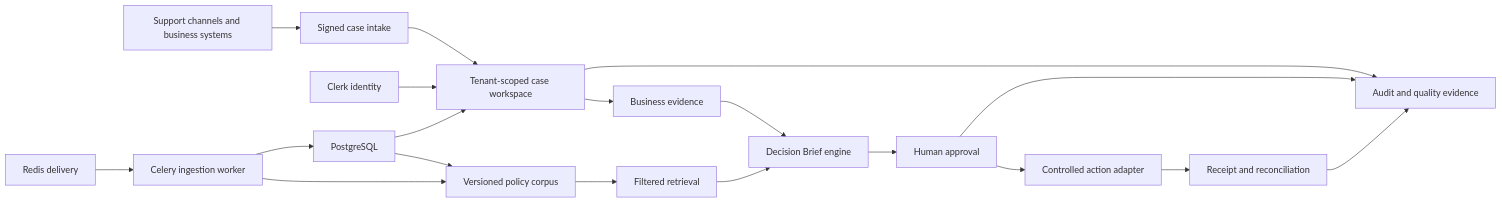
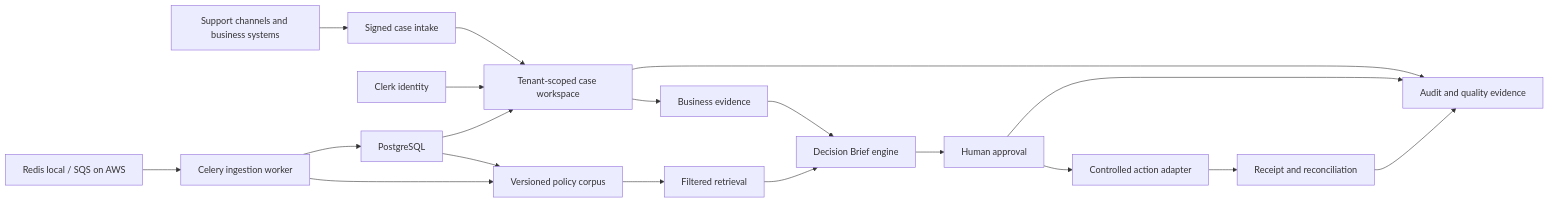
One commit to williamlo90/case-resolution-copilot changed the diagram in README.md. Above: the diagram before and after it, drawn with Mermaid. The commit also changed other lines of this file and 50 other files, not shown here.

Commit message:
feat: add AWS-ready async validation architecture

````diff
--- a/README.md
+++ b/README.md
@@ -129,21 +133,21 @@
 ```mermaid
 flowchart LR
     SOURCE["Support channels and business systems"] --> INTAKE["Signed case intake"]
     INTAKE --> CASES["Tenant-scoped case workspace"]
     CASES --> EVIDENCE["Business evidence"]
     POLICY["Versioned policy corpus"] --> RETRIEVAL["Filtered retrieval"]
     EVIDENCE --> BRIEF["Decision Brief engine"]
     RETRIEVAL --> BRIEF
     BRIEF --> REVIEW["Human approval"]
     REVIEW --> ACTION["Controlled action adapter"]
     ACTION --> RECEIPT["Receipt and reconciliation"]
     CASES --> AUDIT["Audit and quality evidence"]
     REVIEW --> AUDIT
     RECEIPT --> AUDIT
     CLERK["Clerk identity"] --> CASES
     DB["PostgreSQL"] --> CASES
     DB --> POLICY
-    REDIS["Redis delivery"] --> WORKER["Celery ingestion worker"]
+    BROKER["Redis local / SQS on AWS"] --> WORKER["Celery ingestion worker"]
     WORKER --> DB
     WORKER --> POLICY
 ```
````
